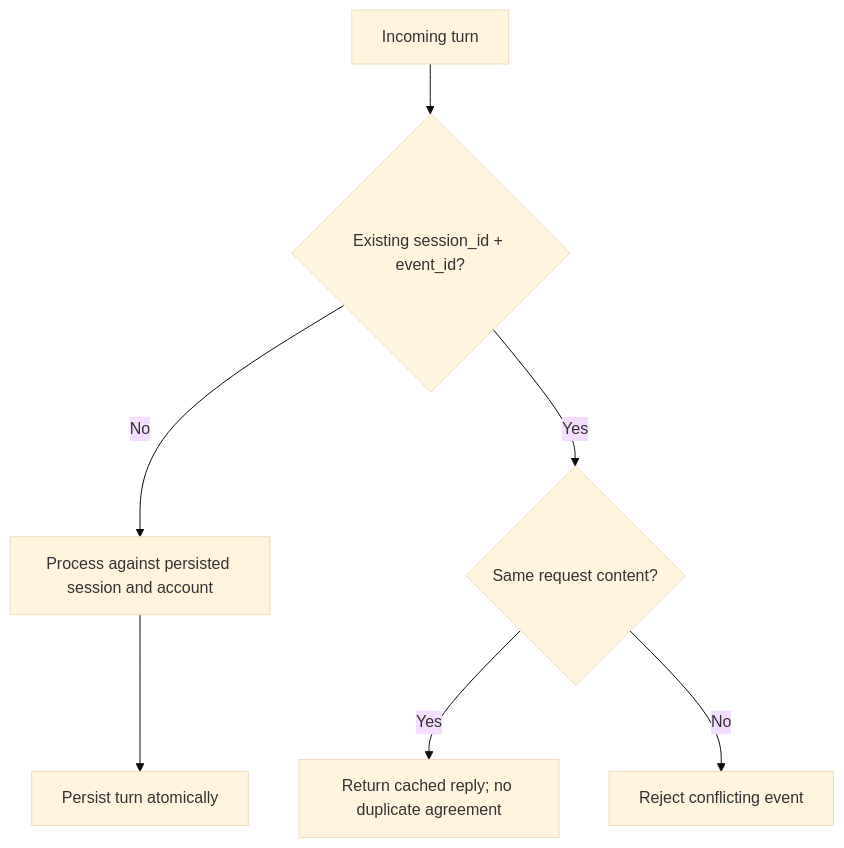
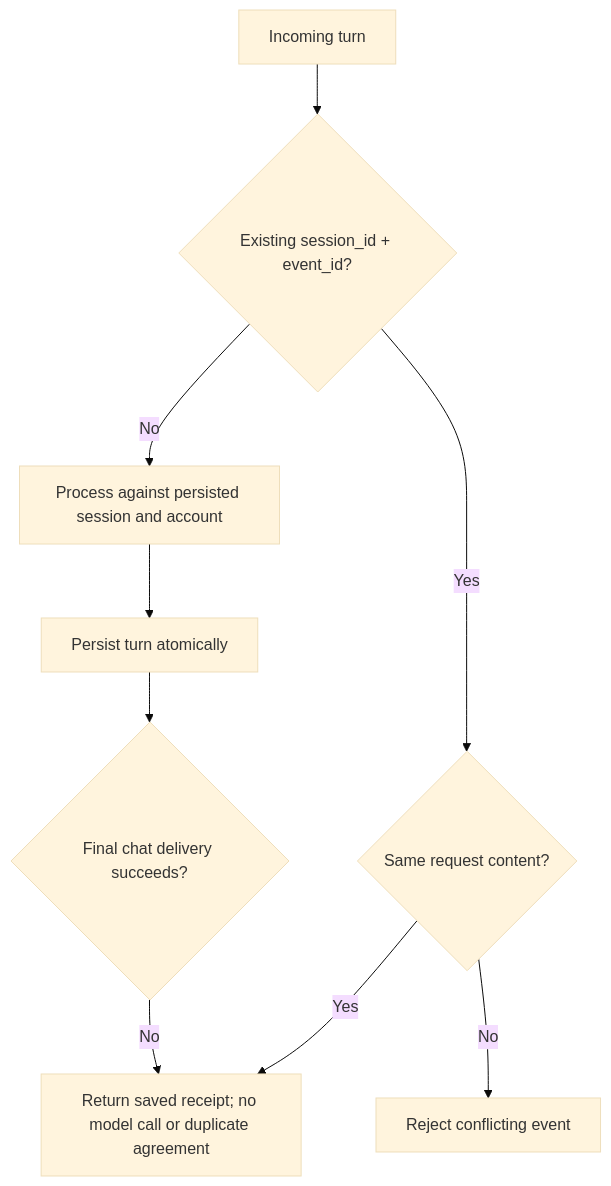
The fifth of 6 diagrams in docs/ARCHITECTURE.md (sergiomorapardo/AgenticDebtCollection), drawn with Mermaid (base theme) before and after one commit. The commit also changed other lines of this file and 10 other files, not shown here.

````diff
--- a/docs/ARCHITECTURE.md
+++ b/docs/ARCHITECTURE.md
@@ -140,9 +150,11 @@
 ```mermaid
 flowchart TD
     T[Incoming turn] --> K{"Existing session_id + event_id?"}
     K -->|No| G[Process against persisted session and account]
     K -->|Yes| C{Same request content?}
-    C -->|Yes| R[Return cached reply; no duplicate agreement]
+    C -->|Yes| R[Return saved receipt; no model call or duplicate agreement]
     C -->|No| E[Reject conflicting event]
     G --> W[Persist turn atomically]
+    W --> D{Final chat delivery succeeds?}
+    D -->|No| R
 ```
````
